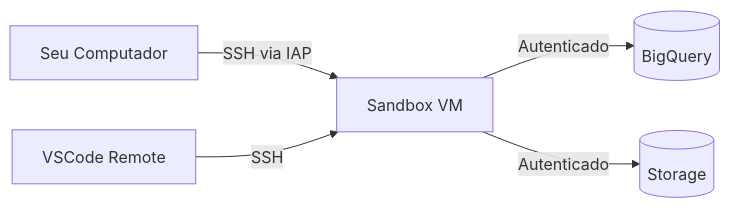
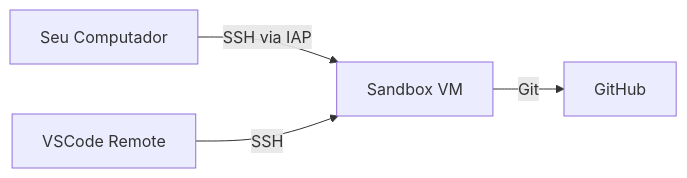
Before and after one commit to destaquesgovbr/docs: the first of 2 diagrams in docs/index.md, drawn with Mermaid. The commit also changed other lines of this file and 1 other file, not shown here.

````diff
--- a/docs/index.md
+++ b/docs/index.md
@@ -34,7 +34,6 @@
 ```mermaid
 flowchart LR
     Dev[Seu Computador] -->|SSH via IAP| VM[Sandbox VM]
-    VM -->|Autenticado| BQ[(BigQuery)]
-    VM -->|Autenticado| GCS[(Storage)]
     VSCode[VSCode Remote] -->|SSH| VM
+    VM -->|Git| GH[GitHub]
 ```
````
